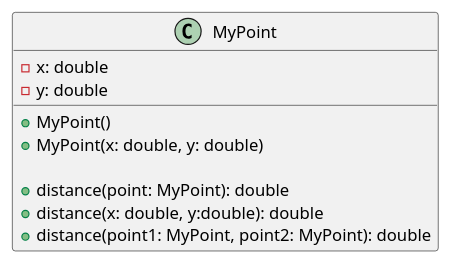
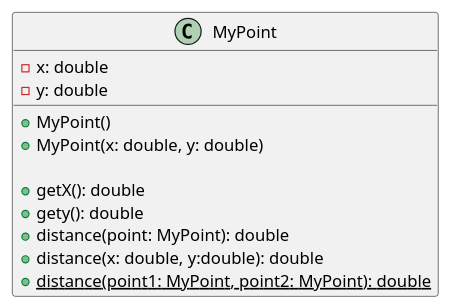
Before and after one commit to emaphis/Introduction_to_Java_Programming: the diagram in Introduction_to_Java_Programming/src/chapter10/exercise/exercise10_04/MyPointDiagram.puml, drawn with PlantUML. The commit also changed 7 other files, not shown here.

```diff
--- a/Introduction_to_Java_Programming/src/chapter10/exercise/exercise10_04/MyPointDiagram.puml
+++ b/Introduction_to_Java_Programming/src/chapter10/exercise/exercise10_04/MyPointDiagram.puml
@@ -1,13 +1,15 @@
 @startuml
 class MyPoint {
     -x: double
     -y: double
 
     +MyPoint()
     +MyPoint(x: double, y: double)
 
+    +getX(): double
+    +gety(): double
     +distance(point: MyPoint): double
     +distance(x: double, y:double): double
-    +distance(point1: MyPoint, point2: MyPoint): double
+    {static} +distance(point1: MyPoint, point2: MyPoint): double
 }
 @enduml
```
